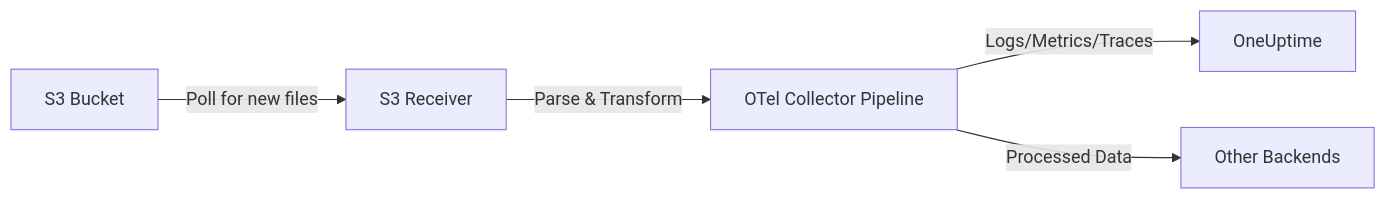
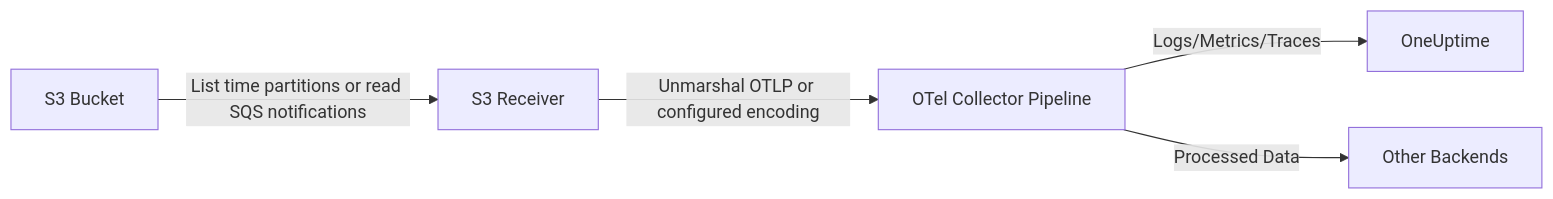
The diagram in posts/2026-02-06-aws-s3-receiver-opentelemetry-collector/README.md (OneUptime/blog), drawn with Mermaid before and after one commit. The commit also changed other lines of this file and 2 other files, not shown here.

Commit message:
validate: 2026-02-06-aws-s3-receiver-opentelemetry-collector

````diff
--- a/posts/2026-02-06-aws-s3-receiver-opentelemetry-collector/README.md
+++ b/posts/2026-02-06-aws-s3-receiver-opentelemetry-collector/README.md
@@ -31,7 +31,7 @@
 ```mermaid
 graph LR
-    A[S3 Bucket] -->|Poll for new files| B[S3 Receiver]
-    B -->|Parse & Transform| C[OTel Collector Pipeline]
+    A[S3 Bucket] -->|List time partitions or read SQS notifications| B[S3 Receiver]
+    B -->|Unmarshal OTLP or configured encoding| C[OTel Collector Pipeline]
     C -->|Logs/Metrics/Traces| D[OneUptime]
     C -->|Processed Data| E[Other Backends]
 ```
````
